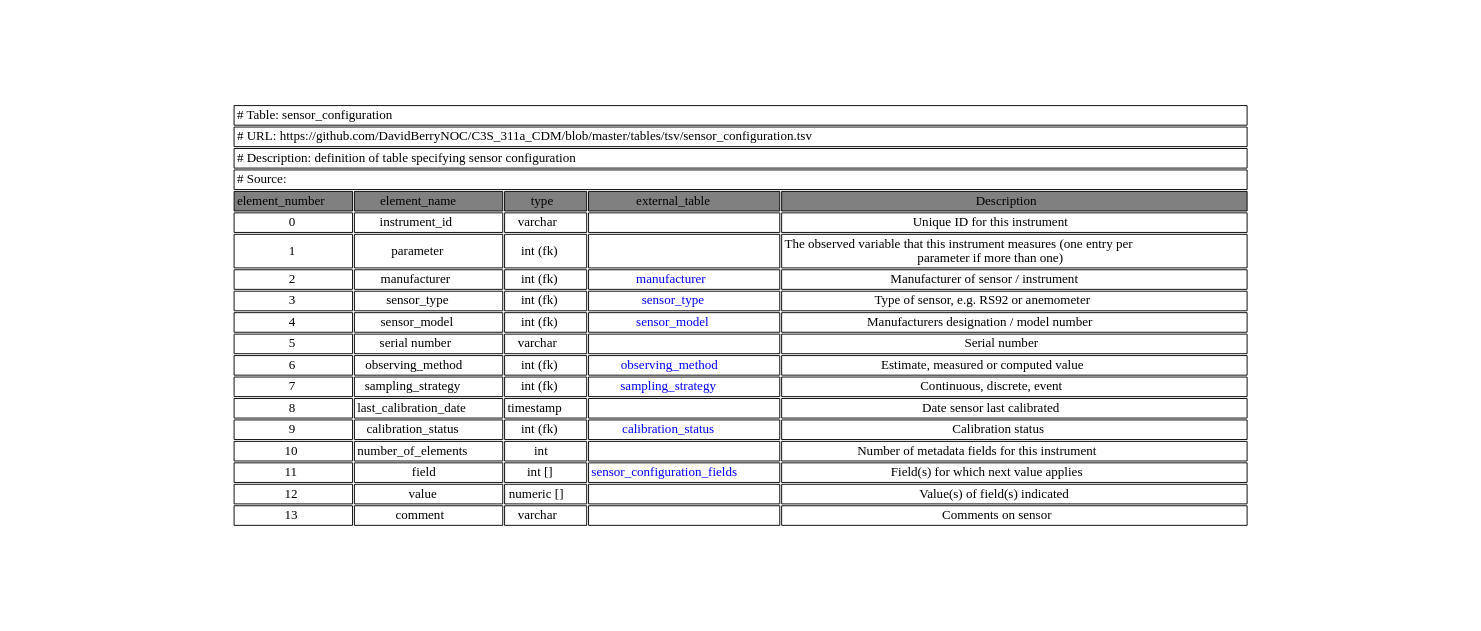
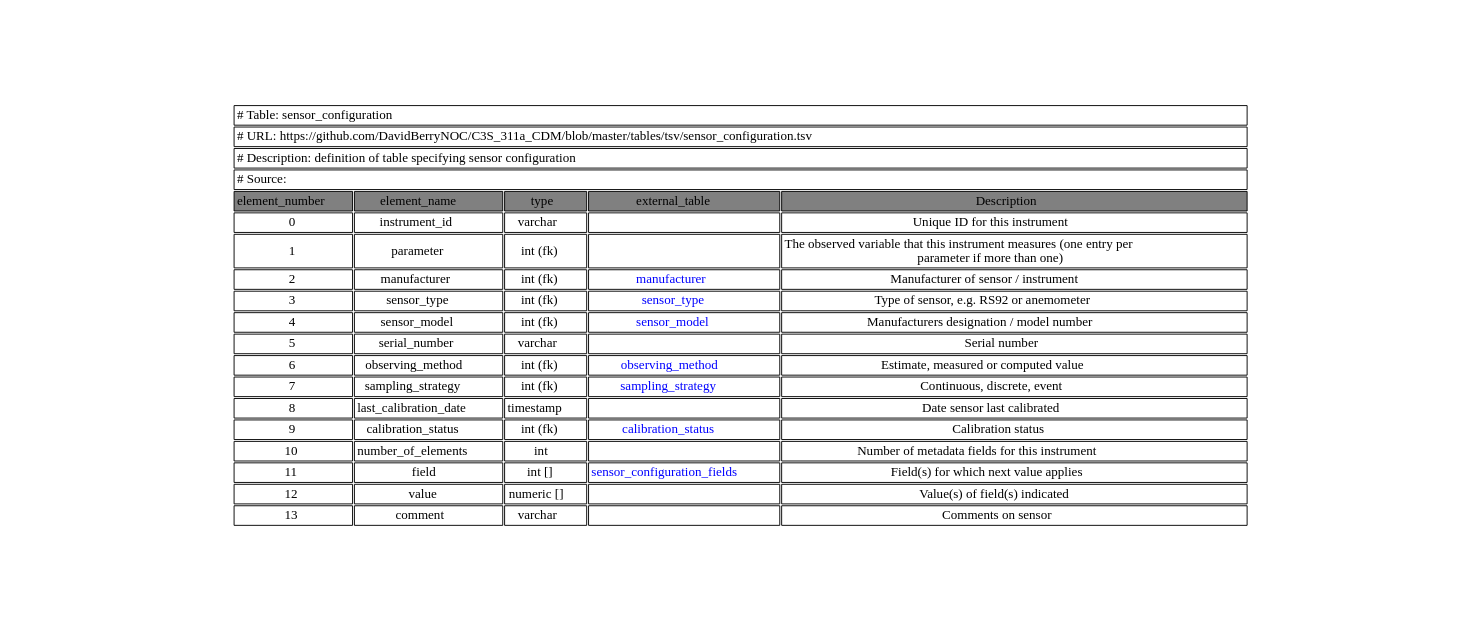
Before and after one commit to glamod/common_data_model: the diagram in graphviz/sensor_configuration.gv, drawn with Graphviz. The commit also changed 79 other files, not shown here.

```diff
--- a/graphviz/sensor_configuration.gv
+++ b/graphviz/sensor_configuration.gv
@@ -1,24 +1,24 @@
 digraph sensor_configuration {
 node [color=white]
 sensor_configuration [label=<<TABLE BORDER="0" CELLBORDER="1" CELLSPACING="2" COLOR="BLACK">
 <TR><TD COLSPAN="5" ALIGN="left" PORT="head"># Table: sensor_configuration</TD></TR>
 <TR><TD COLSPAN="5" ALIGN="left"># URL: https://github.com/DavidBerryNOC/C3S_311a_CDM/blob/master/tables/tsv/sensor_configuration.tsv</TD></TR>
 <TR><TD ALIGN="left" COLSPAN="5"># Description: definition of table specifying sensor configuration</TD></TR>
 <TR><TD ALIGN="left" COLSPAN="5"># Source:</TD></TR>
 <TR><TD BGCOLOR="GRAY">element_number</TD><TD BGCOLOR="GRAY">element_name</TD><TD BGCOLOR="GRAY">type</TD><TD BGCOLOR="GRAY">external_table</TD><TD BGCOLOR="GRAY">Description</TD></TR>
 <TR><TD PORT="instrument_idL">0</TD><TD>instrument_id </TD><TD>varchar </TD><TD></TD><TD PORT="instrument_idR">Unique ID for this instrument </TD></TR>
 <TR><TD PORT="parameterL">1</TD><TD>parameter </TD><TD>int (fk) </TD><TD></TD><TD PORT="parameterR">The observed variable that this instrument measures (one entry per <BR/>parameter if more than one) </TD></TR>
 <TR><TD PORT="manufacturerL">2</TD><TD>manufacturer </TD><TD>int (fk) </TD><TD HREF="https://github.com/DavidBerryNOC/C3S_311a_CDM/blob/master/tables/tsv/manufacturer.tsv"><FONT color="blue">manufacturer </FONT></TD><TD PORT="manufacturerR">Manufacturer of sensor / instrument </TD></TR>
 <TR><TD PORT="sensor_typeL">3</TD><TD>sensor_type </TD><TD>int (fk) </TD><TD HREF="https://github.com/DavidBerryNOC/C3S_311a_CDM/blob/master/tables/tsv/sensor_type.tsv"><FONT color="blue">sensor_type </FONT></TD><TD PORT="sensor_typeR">Type of sensor, e.g. RS92 or anemometer </TD></TR>
 <TR><TD PORT="sensor_modelL">4</TD><TD>sensor_model </TD><TD>int (fk) </TD><TD HREF="https://github.com/DavidBerryNOC/C3S_311a_CDM/blob/master/tables/tsv/sensor_model.tsv"><FONT color="blue">sensor_model </FONT></TD><TD PORT="sensor_modelR">Manufacturers designation / model number </TD></TR>
-<TR><TD PORT="serial numberL">5</TD><TD>serial number </TD><TD>varchar </TD><TD></TD><TD PORT="serial numberR">Serial number </TD></TR>
+<TR><TD PORT="serial_numberL">5</TD><TD>serial_number </TD><TD>varchar </TD><TD></TD><TD PORT="serial_numberR">Serial number </TD></TR>
 <TR><TD PORT="observing_methodL">6</TD><TD>observing_method </TD><TD>int (fk) </TD><TD HREF="https://github.com/DavidBerryNOC/C3S_311a_CDM/blob/master/tables/tsv/observing_method.tsv"><FONT color="blue">observing_method </FONT></TD><TD PORT="observing_methodR">Estimate, measured or computed value </TD></TR>
 <TR><TD PORT="sampling_strategyL">7</TD><TD>sampling_strategy </TD><TD>int (fk) </TD><TD HREF="https://github.com/DavidBerryNOC/C3S_311a_CDM/blob/master/tables/tsv/sampling_strategy.tsv"><FONT color="blue">sampling_strategy </FONT></TD><TD PORT="sampling_strategyR">Continuous, discrete, event </TD></TR>
 <TR><TD PORT="last_calibration_dateL">8</TD><TD>last_calibration_date </TD><TD>timestamp </TD><TD></TD><TD PORT="last_calibration_dateR">Date sensor last calibrated </TD></TR>
 <TR><TD PORT="calibration_statusL">9</TD><TD>calibration_status </TD><TD>int (fk) </TD><TD HREF="https://github.com/DavidBerryNOC/C3S_311a_CDM/blob/master/tables/tsv/calibration_status.tsv"><FONT color="blue">calibration_status </FONT></TD><TD PORT="calibration_statusR">Calibration status </TD></TR>
 <TR><TD PORT="number_of_elementsL">10</TD><TD>number_of_elements </TD><TD>int </TD><TD></TD><TD PORT="number_of_elementsR">Number of metadata fields for this instrument </TD></TR>
 <TR><TD PORT="fieldL">11</TD><TD>field </TD><TD>int [] </TD><TD HREF="https://github.com/DavidBerryNOC/C3S_311a_CDM/blob/master/tables/tsv/sensor_configuration_fields.tsv"><FONT color="blue">sensor_configuration_fields </FONT></TD><TD PORT="fieldR">Field(s) for which next value applies </TD></TR>
 <TR><TD PORT="valueL">12</TD><TD>value </TD><TD>numeric [] </TD><TD></TD><TD PORT="valueR">Value(s) of field(s) indicated </TD></TR>
 <TR><TD PORT="commentL">13</TD><TD>comment </TD><TD>varchar </TD><TD></TD><TD PORT="commentR">Comments on sensor </TD></TR>
 </TABLE>>];
 }
```
